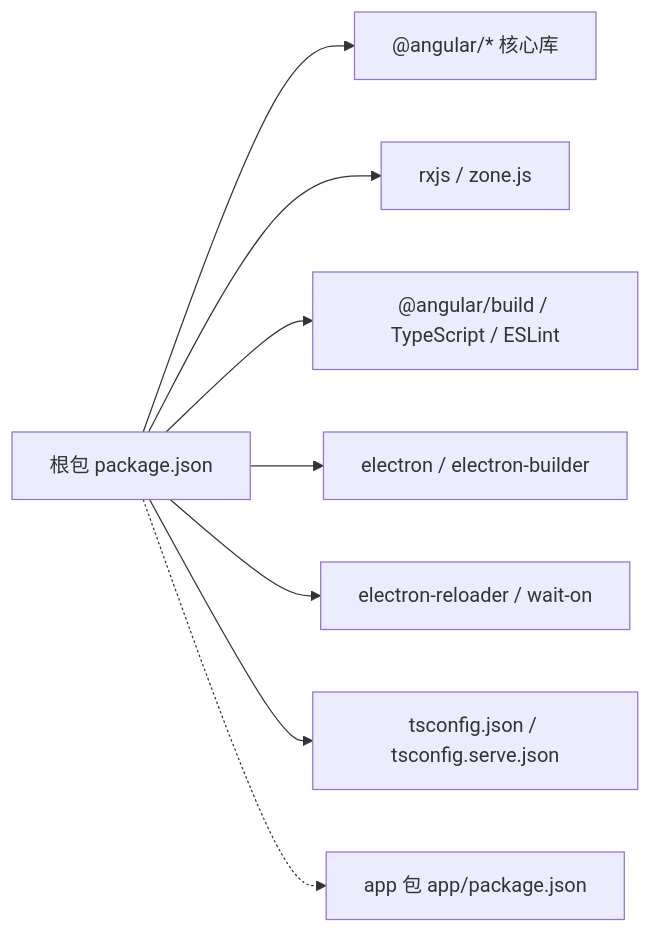
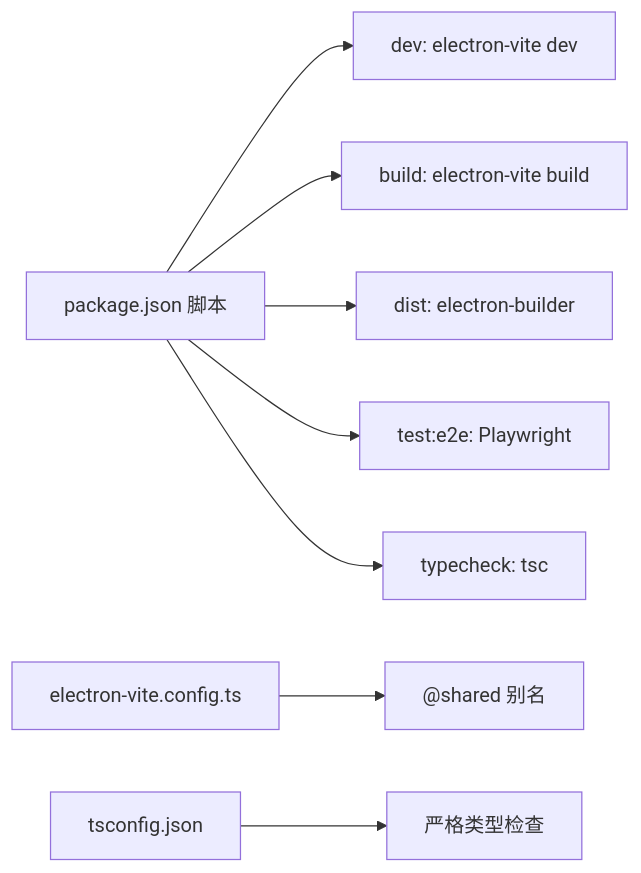
Before and after one commit to haolange/RDC-Agent: the fifth of 5 diagrams in .qoder/repowiki/zh/content/快速开始.md, drawn with Mermaid. The commit also changed other lines of this file and 84 other files, not shown here.

````diff
--- a/.qoder/repowiki/zh/content/快速开始.md
+++ b/.qoder/repowiki/zh/content/快速开始.md
@@ -255,18 +201,10 @@
 ```mermaid
 graph LR
-Root["根包 package.json"]
-App["app 包 app/package.json"]
-Ng["@angular/* 核心库"]
-Rx["rxjs / zone.js"]
-Dev["@angular/build / TypeScript / ESLint"]
-EBTool["electron / electron-builder"]
-Serve["electron-reloader / wait-on"]
-TSC["tsconfig.json / tsconfig.serve.json"]
-Root --> Ng
-Root --> Rx
-Root --> Dev
-Root --> EBTool
-Root --> Serve
-Root --> TSC
-Root -.-> App
+Pkg["package.json 脚本"] --> Dev["dev: electron-vite dev"]
+Pkg --> Build["build: electron-vite build"]
+Pkg --> Dist["dist: electron-builder"]
+Pkg --> Test["test:e2e: Playwright"]
+Pkg --> Type["typecheck: tsc"]
+EV["electron-vite.config.ts"] --> Alias["@shared 别名"]
+TS["tsconfig.json"] --> Strict["严格类型检查"]
 ```
````
